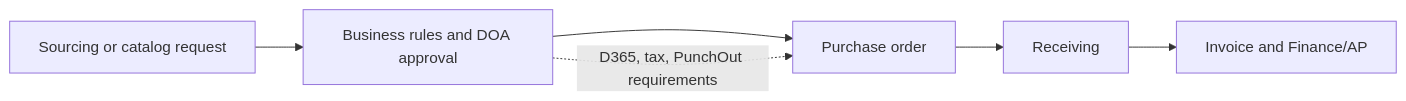
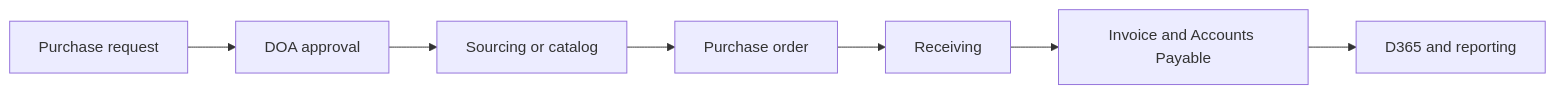
The diagram in coupa-business-spend-management.md (alvaroadriano/product-management-portfolio), drawn with Mermaid before and after one commit. The commit also changed other lines of this file, not shown here.

````diff
--- a/coupa-business-spend-management.md
+++ b/coupa-business-spend-management.md
@@ -35,8 +40,9 @@
 ```mermaid
 flowchart LR
-  A["Sourcing or catalog request"] --> B["Business rules and DOA approval"]
-  B --> C["Purchase order"]
-  C --> D["Receiving"]
-  D --> E["Invoice and Finance/AP"]
-  B -. "D365, tax, PunchOut requirements" .-> C
+    A[Purchase request] --> B[DOA approval]
+    B --> C[Sourcing or catalog]
+    C --> D[Purchase order]
+    D --> E[Receiving]
+    E --> F[Invoice and Accounts Payable]
+    F --> G[D365 and reporting]
 ```
````
